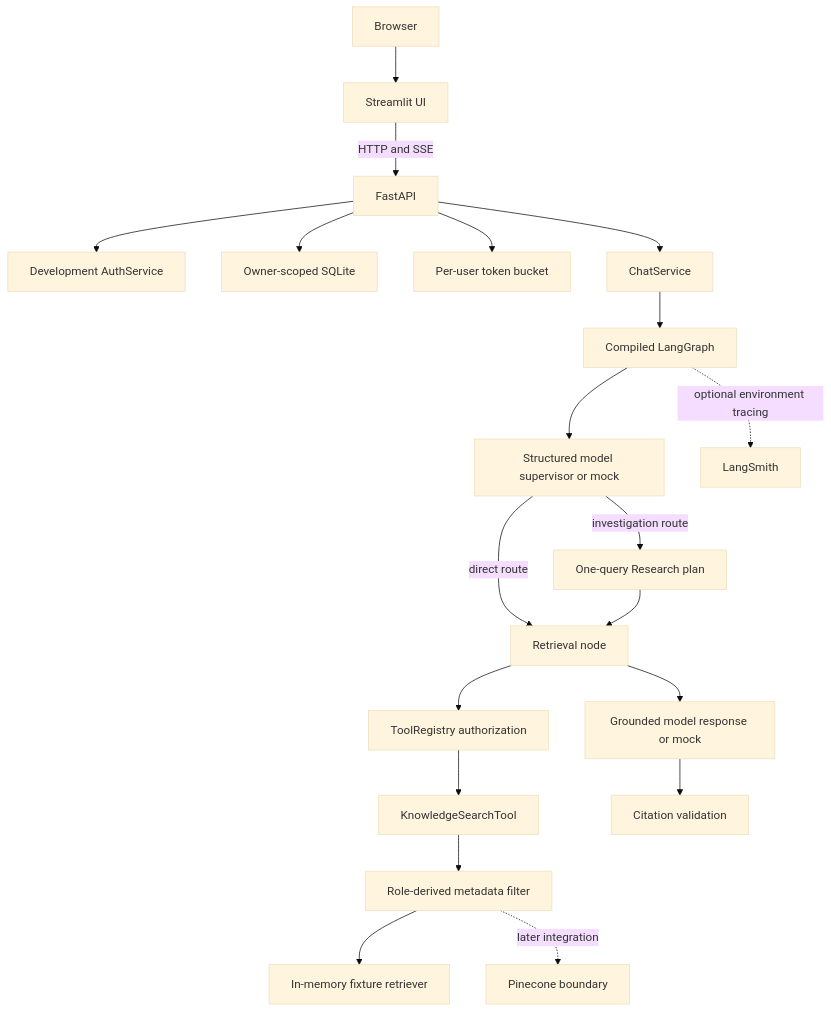
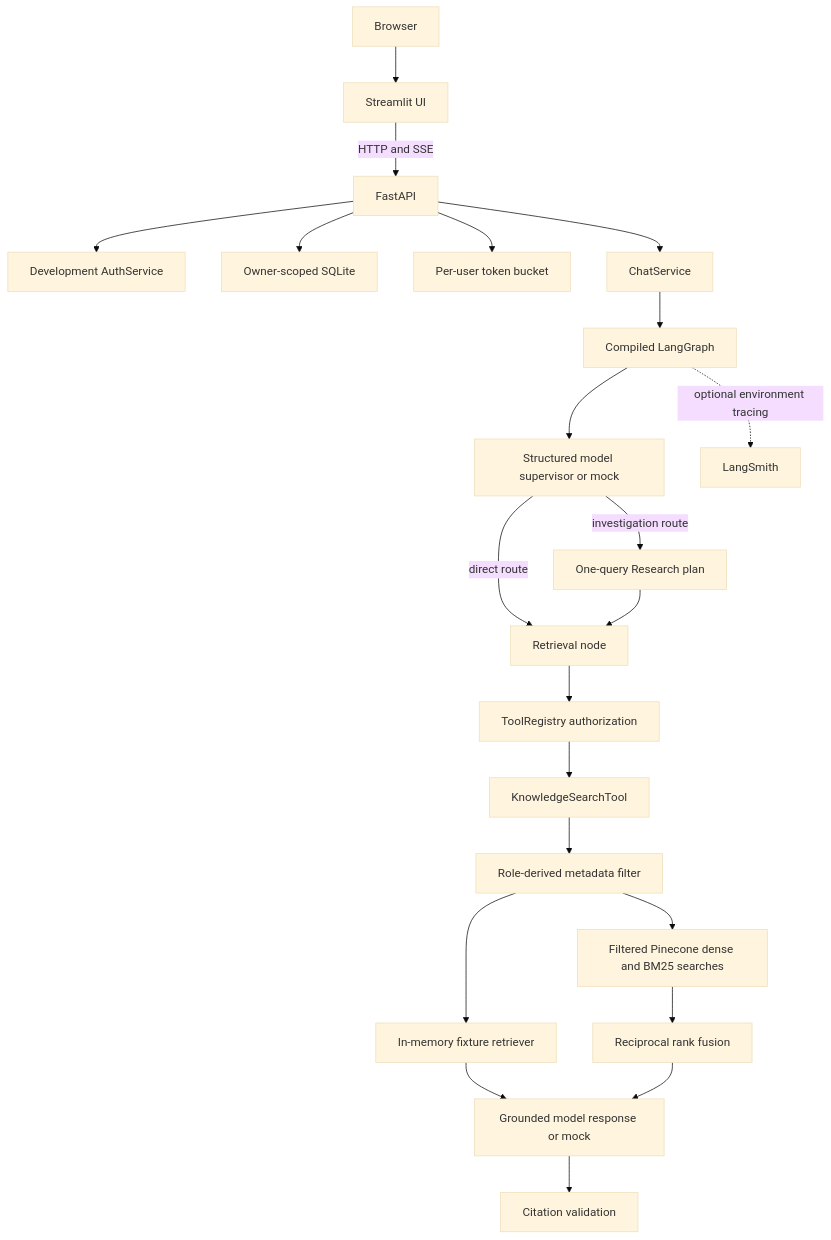
Before and after one commit to Thavarshan/enterprise-knowledge-assistant: the first of 2 diagrams in docs/architecture.md, drawn with Mermaid (base theme). The commit also changed other lines of this file and 21 other files, not shown here.

Commit message:
feat: add Pinecone hybrid retrieval

````diff
--- a/docs/architecture.md
+++ b/docs/architecture.md
@@ -18,22 +19,24 @@
 ```mermaid
 flowchart TB
   Browser --> UI[Streamlit UI]
   UI -->|HTTP and SSE| API[FastAPI]
   API --> Auth[Development AuthService]
   API --> Owner[Owner-scoped SQLite]
   API --> Limit[Per-user token bucket]
   API --> Chat[ChatService]
   Chat --> Graph[Compiled LangGraph]
   Graph --> Supervisor[Structured model supervisor or mock]
   Supervisor -->|direct route| Retrieval[Retrieval node]
   Supervisor -->|investigation route| Research[One-query Research plan]
   Research --> Retrieval
   Retrieval --> Registry[ToolRegistry authorization]
   Registry --> Knowledge[KnowledgeSearchTool]
   Knowledge --> Filter[Role-derived metadata filter]
   Filter --> Fixture[In-memory fixture retriever]
-  Filter -. later integration .-> Pinecone[Pinecone boundary]
-  Retrieval --> Response[Grounded model response or mock]
+  Filter --> Pinecone[Filtered Pinecone dense and BM25 searches]
+  Pinecone --> RRF[Reciprocal rank fusion]
+  Fixture --> Response[Grounded model response or mock]
+  RRF --> Response
   Response --> Validate[Citation validation]
   Graph -. optional environment tracing .-> LangSmith[LangSmith]
 ```
````
